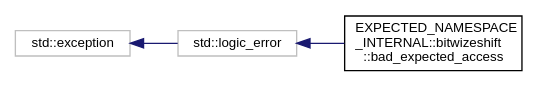
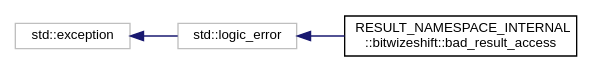
One commit to bitwizeshift/result changed the diagram in api/latest/inherit_graph_0.dot. Above: the diagram before and after it, drawn with Graphviz. The commit also changed 431 other files, not shown here.

```diff
--- a/api/latest/inherit_graph_0.dot
+++ b/api/latest/inherit_graph_0.dot
@@ -1,11 +1,11 @@
 digraph "Graphical Class Hierarchy"
 {
   edge [fontname="Helvetica",fontsize="10",labelfontname="Helvetica",labelfontsize="10"];
   node [fontname="Helvetica",fontsize="10",shape=record];
   rankdir="LR";
   Node43 [label="std::exception",height=0.2,width=0.4,color="grey75", fillcolor="white", style="filled",tooltip="STL class. "];
   Node43 -> Node44 [dir="back",color="midnightblue",fontsize="10",style="solid",fontname="Helvetica"];
   Node44 [label="std::logic_error",height=0.2,width=0.4,color="grey75", fillcolor="white", style="filled",tooltip="STL class. "];
   Node44 -> Node0 [dir="back",color="midnightblue",fontsize="10",style="solid",fontname="Helvetica"];
-  Node0 [label="EXPECTED_NAMESPACE\l_INTERNAL::bitwizeshift\l::bad_expected_access",height=0.2,width=0.4,color="black", fillcolor="white", style="filled",URL="$d6/d0a/class_e_x_p_e_c_t_e_d___n_a_m_e_s_p_a_c_e___i_n_t_e_r_n_a_l_1_1bitwizeshift_1_1bad__expected__access.html",tooltip="An exception thrown when expected::value is accessed without a contained value. "];
+  Node0 [label="RESULT_NAMESPACE_INTERNAL\l::bitwizeshift::bad_result_access",height=0.2,width=0.4,color="black", fillcolor="white", style="filled",URL="$dc/ddd/class_r_e_s_u_l_t___n_a_m_e_s_p_a_c_e___i_n_t_e_r_n_a_l_1_1bitwizeshift_1_1bad__result__access.html",tooltip="An exception thrown when result::value is accessed without a contained value. "];
 }
```
